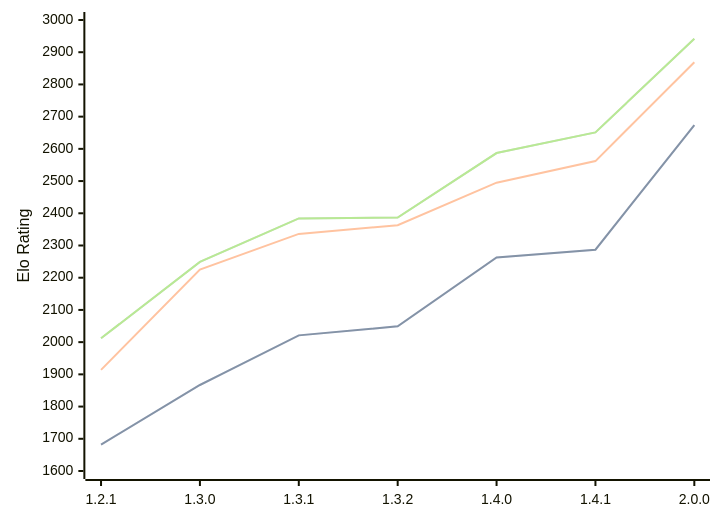
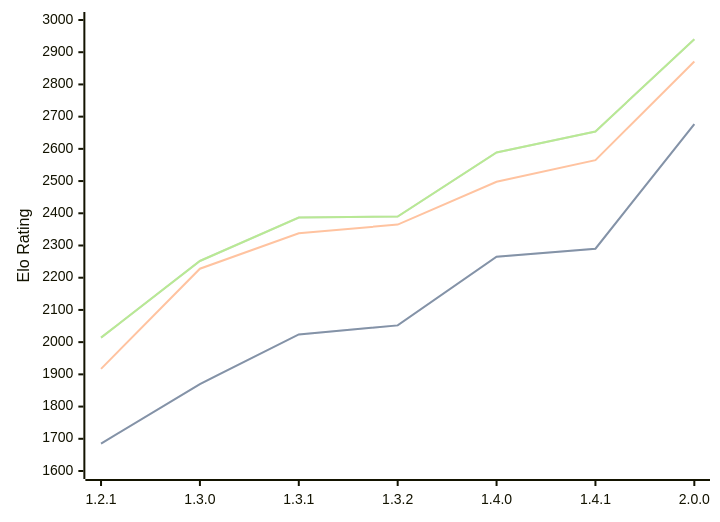
One commit to computer-chess-index/cci changed the diagram in engines/Chal.md. Above: the diagram before and after it, drawn with Mermaid. The commit also changed other lines of this file, not shown here.

Commit message:
Update CCI Ratings (ELO VLTC) - 2026-09-24

````diff
--- a/engines/Chal.md
+++ b/engines/Chal.md
@@ -37,11 +37,11 @@
 ```mermaid
 %%{init: {"theme":"base","themeVariables":{"seriesColors:['#a3a3a3','#222221','#faa371']}}}%%
 xychart-beta
   x-axis ["1.2.1", "1.3.0", "1.3.1", "1.3.2", "1.4.0", "1.4.1", "2.0.0"]
   y-axis "Elo Rating" 1600 --> 3000
-  line "" [1682, 1867, 2021, 2049, 2263, 2287, 2674]
-  line "STC (8.0+0.08s)" [1682, 1867, 2021, 2049, 2263, 2287, 2674]
-  line "LTC (60.0+0.60s)" [1914, 2225, 2336, 2363, 2495, 2562, 2869]
-  line "" [2012, 2249, 2384, 2387, 2587, 2651, 2942]
-  line "VLTC (2m24s+1.12s)" [2012, 2249, 2384, 2387, 2587, 2651, 2942]
+  line "" [1685, 1870, 2024, 2052, 2265, 2290, 2677]
+  line "STC (8.0+0.08s)" [1685, 1870, 2024, 2052, 2265, 2290, 2677]
+  line "LTC (60.0+0.60s)" [1917, 2228, 2338, 2365, 2498, 2565, 2871]
+  line "" [2014, 2252, 2387, 2390, 2589, 2654, 2940]
+  line "VLTC (2m24s+1.12s)" [2014, 2252, 2387, 2390, 2589, 2654, 2940]
 ```
````
